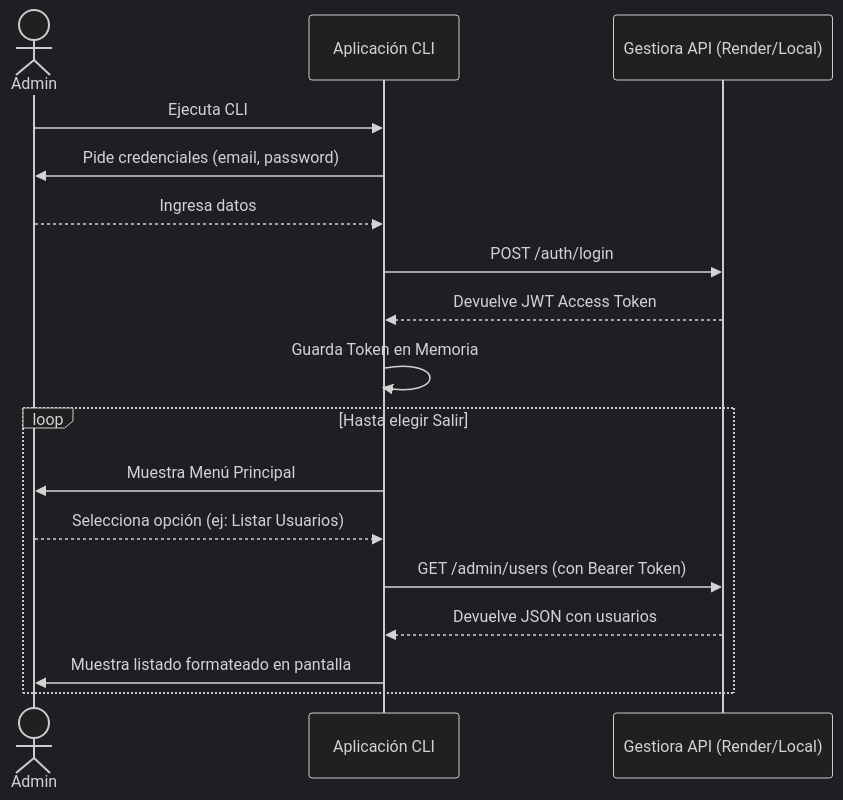
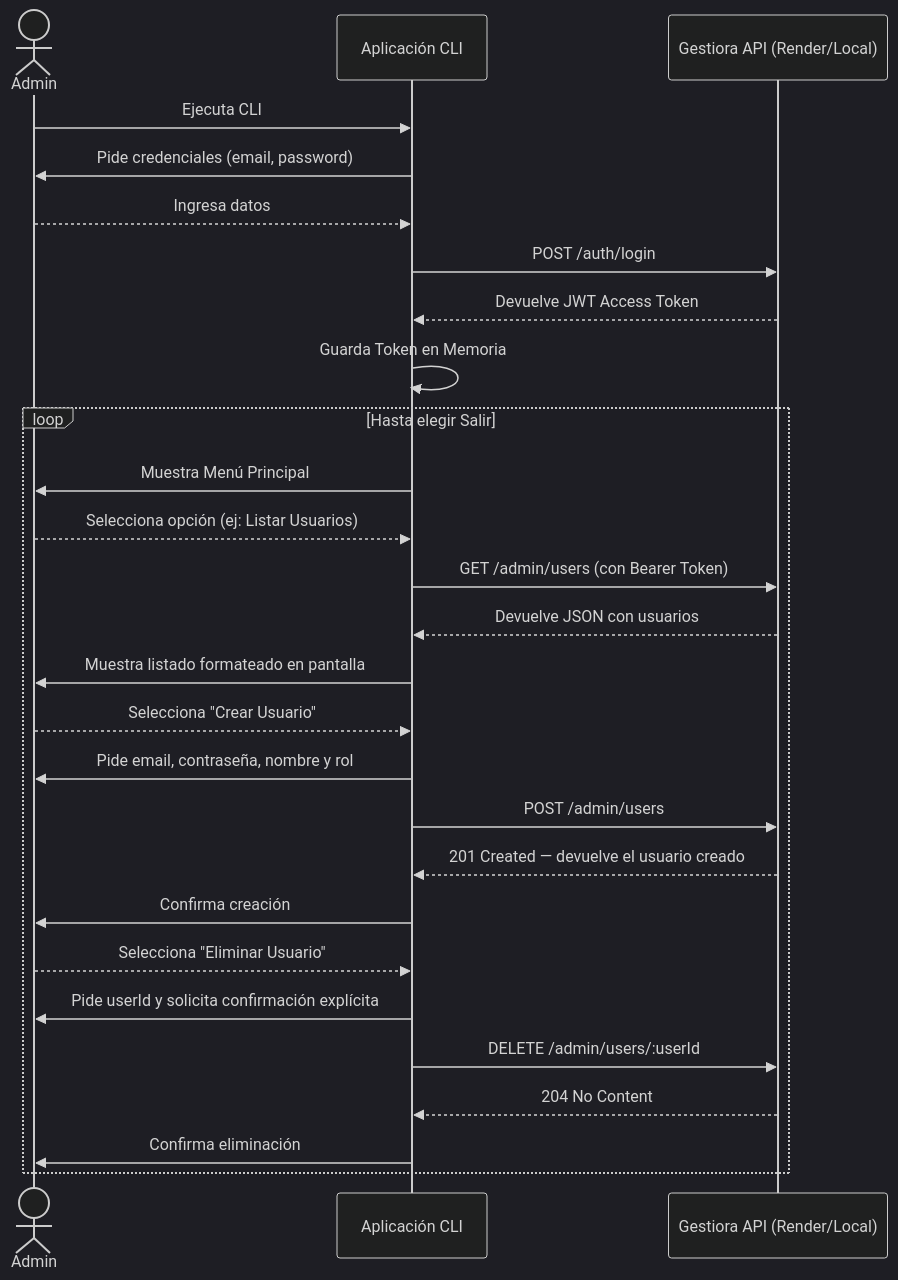
The diagram in docs/cli/DD-CLI-001.md (malonsoindev/gestiora), drawn with Mermaid (dark theme) before and after one commit. The commit also changed other lines of this file, not shown here.

Commit message:
docs(cli): ampliar DD-CLI-001 con US-CLI-07 (crear usuario) y US-CLI-08 (eliminar usuario)

````diff
--- a/docs/cli/DD-CLI-001.md
+++ b/docs/cli/DD-CLI-001.md
@@ -65,21 +67,31 @@
 ```mermaid
 sequenceDiagram
     actor Admin
     participant CLI as Aplicación CLI
     participant API as Gestiora API (Render/Local)
     
     Admin->>CLI: Ejecuta CLI
     CLI->>Admin: Pide credenciales (email, password)
     Admin-->>CLI: Ingresa datos
     CLI->>API: POST /auth/login
     API-->>CLI: Devuelve JWT Access Token
     CLI->>CLI: Guarda Token en Memoria
     
     loop Hasta elegir Salir
         CLI->>Admin: Muestra Menú Principal
         Admin-->>CLI: Selecciona opción (ej: Listar Usuarios)
         CLI->>API: GET /admin/users (con Bearer Token)
         API-->>CLI: Devuelve JSON con usuarios
         CLI->>Admin: Muestra listado formateado en pantalla
+        Admin-->>CLI: Selecciona "Crear Usuario"
+        CLI->>Admin: Pide email, contraseña, nombre y rol
+        CLI->>API: POST /admin/users
+        API-->>CLI: 201 Created — devuelve el usuario creado
+        CLI->>Admin: Confirma creación
+        Admin-->>CLI: Selecciona "Eliminar Usuario"
+        CLI->>Admin: Pide userId y solicita confirmación explícita
+        CLI->>API: DELETE /admin/users/:userId
+        API-->>CLI: 204 No Content
+        CLI->>Admin: Confirma eliminación
     end
 ```
````
